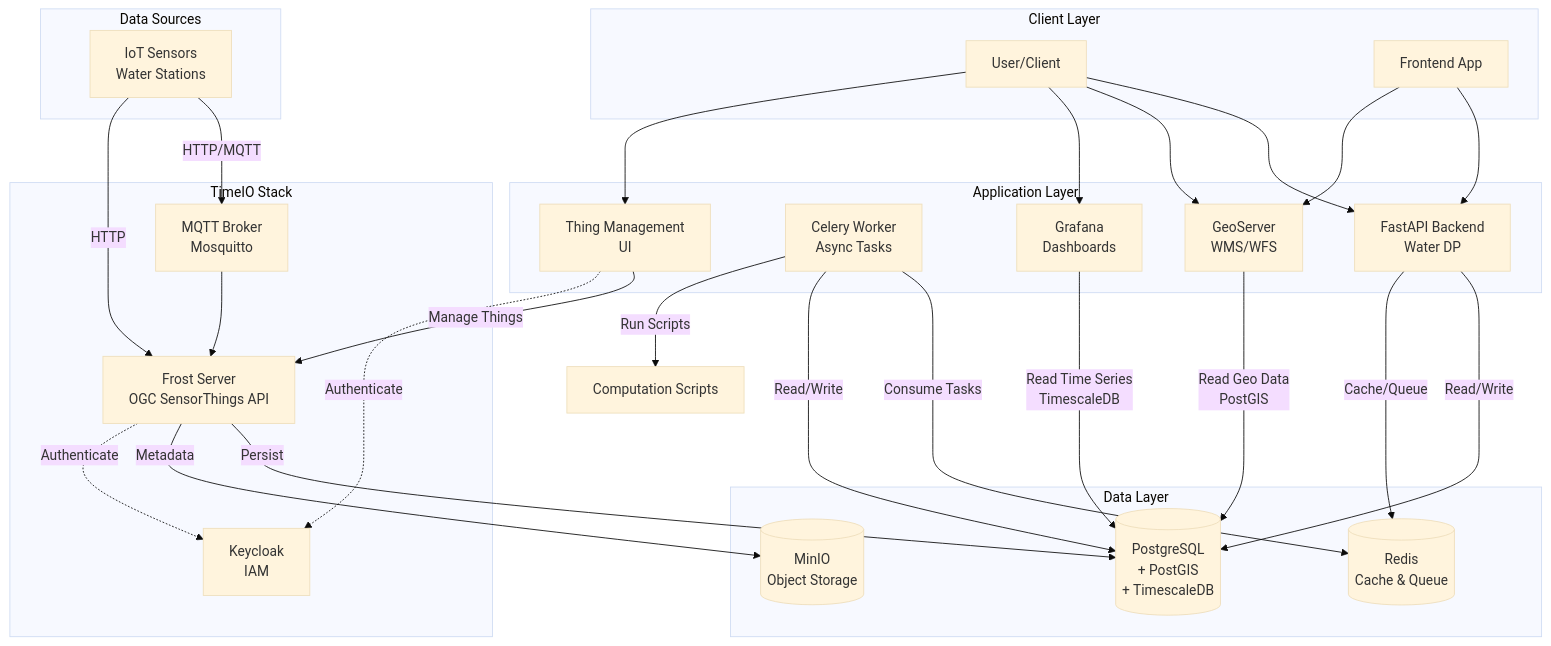
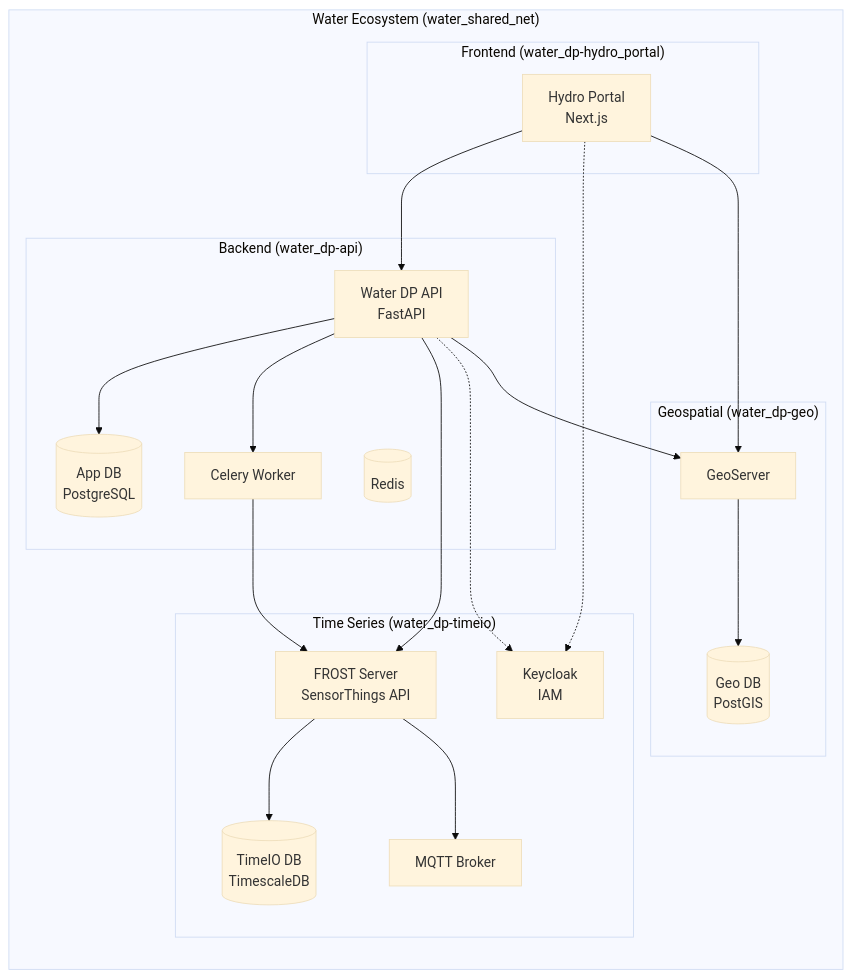
Before and after one commit to Siki-ux/water_dp-api: the diagram in README.md, drawn with Mermaid (base theme). The commit also changed other lines of this file and 1 other file, not shown here.

````diff
--- a/README.md
+++ b/README.md
@@ -235,60 +16,43 @@
 ```mermaid
 graph TB
-    subgraph "Client Layer"
-        User[User/Client]
-        Frontend[Frontend App]
+    subgraph "Water Ecosystem (water_shared_net)"
+        direction TB
+        
+        subgraph "Frontend (water_dp-hydro_portal)"
+            Portal[Hydro Portal<br/>Next.js]
+        end
+
+        subgraph "Backend (water_dp-api)"
+            API[Water DP API<br/>FastAPI]
+            Worker[Celery Worker]
+            DB[(App DB<br/>PostgreSQL)]
+            Redis[(Redis)]
+        end
+
+        subgraph "Geospatial (water_dp-geo)"
+            GeoServer[GeoServer]
+            PostGIS[(Geo DB<br/>PostGIS)]
+        end
+
+        subgraph "Time Series (water_dp-timeio)"
+            Frost[FROST Server<br/>SensorThings API]
+            TimeDB[(TimeIO DB<br/>TimescaleDB)]
+            MQTT[MQTT Broker]
+            Keycloak[Keycloak<br/>IAM]
+        end
     end
-    
-    subgraph "Application Layer"
-        API[FastAPI Backend<br/>Water DP]
-        Worker[Celery Worker<br/>Async Tasks]
-        GeoServer[GeoServer<br/>WMS/WFS]
-        Grafana[Grafana<br/>Dashboards]
-        ThingMgmt[Thing Management<br/>UI]
-    end
-    
-    subgraph "TimeIO Stack"
-        Frost[Frost Server<br/>OGC SensorThings API]
-        MQTT[MQTT Broker<br/>Mosquitto]
-        Keycloak[Keycloak<br/>IAM]
-    end
-    
-    subgraph "Data Layer"
-        DB[(PostgreSQL<br/>+ PostGIS<br/>+ TimescaleDB)]
-        Redis[(Redis<br/>Cache & Queue)]
-        MinIO[(MinIO<br/>Object Storage)]
-    end
-    
-    subgraph "Data Sources"
-        Sensors[IoT Sensors<br/>Water Stations]
-    end
-    
-    %% User connections
-    User --> API
-    User --> GeoServer
-    User --> Grafana
-    User --> ThingMgmt
-    Frontend --> API
-    Frontend --> GeoServer
-    
-    %% Application layer connections
-    API -->|Read/Write| DB
-    API -->|Cache/Queue| Redis
-    Worker -->|Consume Tasks| Redis
-    Worker -->|Read/Write| DB
-    Worker -->|Run Scripts| Computations[Computation Scripts]
-    GeoServer -->|Read Geo Data<br/>PostGIS| DB
-    Grafana -->|Read Time Series<br/>TimescaleDB| DB
-    ThingMgmt -->|Manage Things| Frost
-    
-    %% TimeIO connections
-    Frost -->|Persist| DB
-    Frost -->|Metadata| MinIO
-    Frost -.->|Authenticate| Keycloak
-    ThingMgmt -.->|Authenticate| Keycloak
-    
-    %% Sensor data flow
-    Sensors -->|HTTP/MQTT| MQTT
-    MQTT --> Frost
-    Sensors -->|HTTP| Frost
+
+    %% Connections
+    Portal --> API
+    Portal --> GeoServer
+    API --> DB
+    API --> Worker
+    API --> Frost
+    API --> GeoServer
+    Worker --> Frost
+    GeoServer --> PostGIS
+    Frost --> TimeDB
+    Frost --> MQTT
+    Portal -.-> Keycloak
+    API -.-> Keycloak
 ```
````
